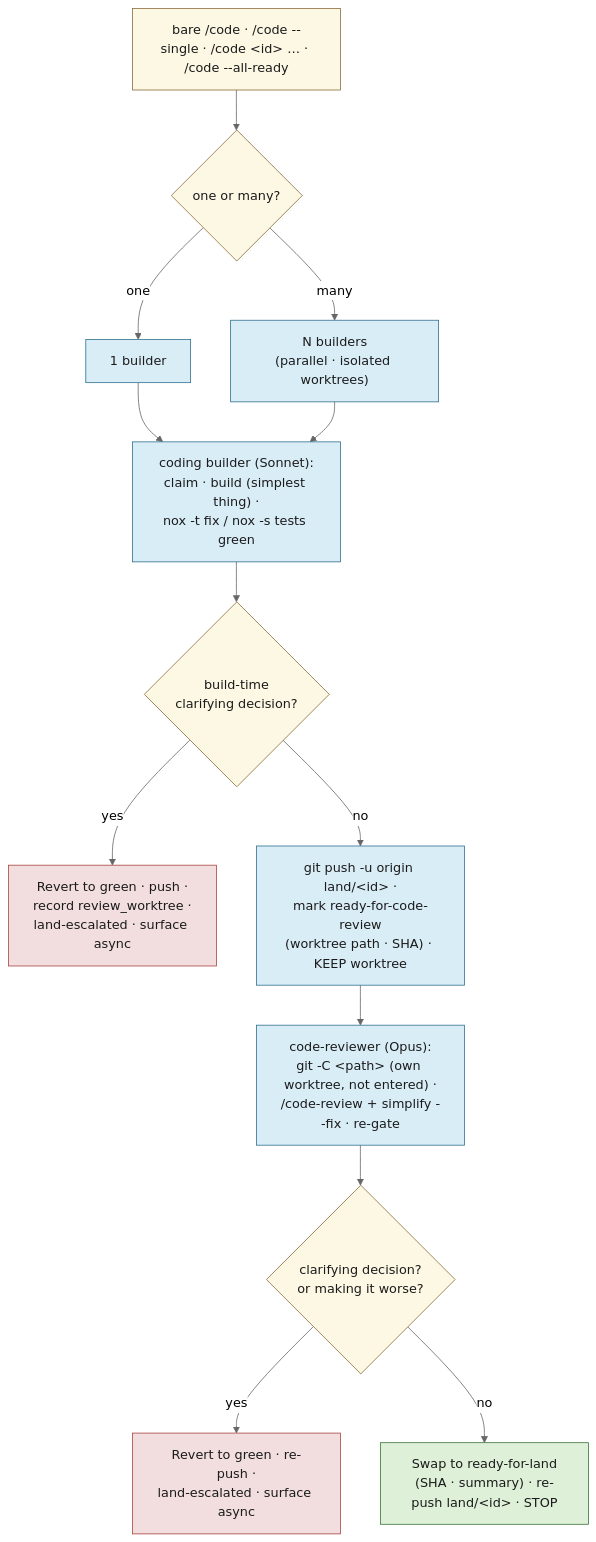
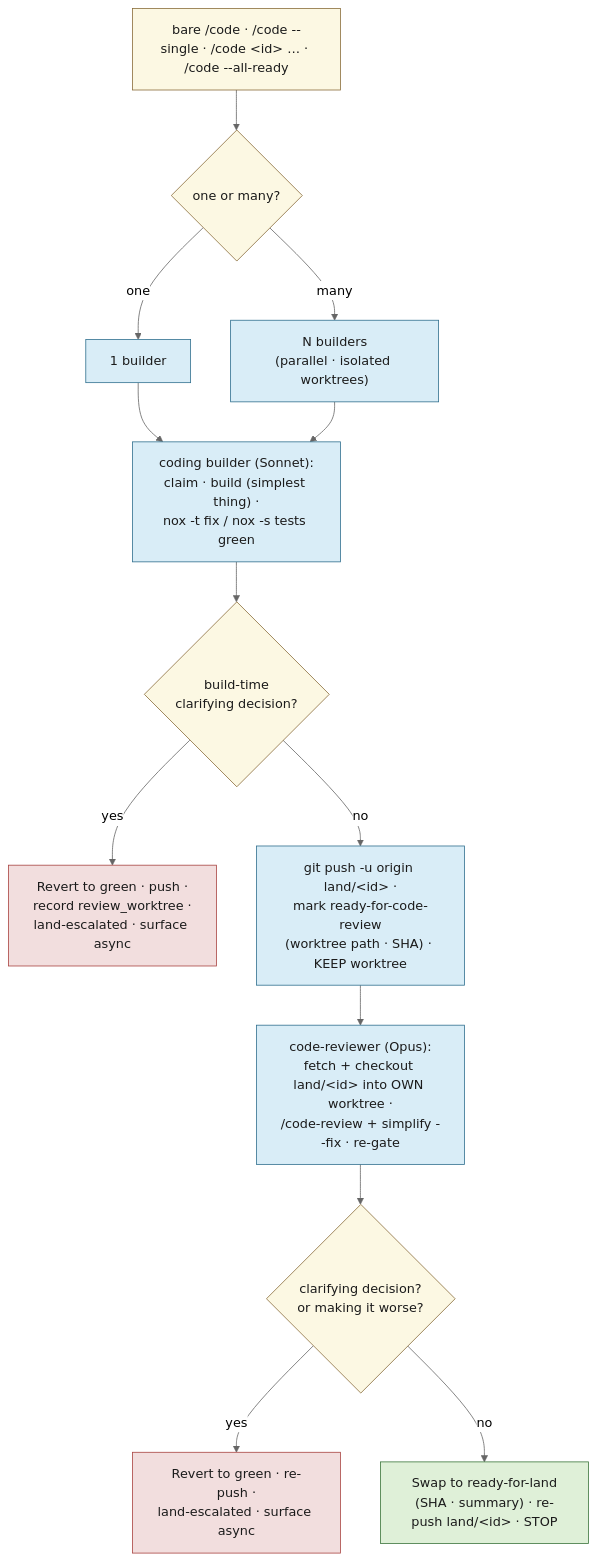
One commit to bildzeitung/lode changed the third of 4 diagrams in docs/agents-workflow.md. Above: the diagram before and after it, drawn with Mermaid (neutral theme). The commit also changed other lines of this file and 4 other files, not shown here.

````diff
--- a/docs/agents-workflow.md
+++ b/docs/agents-workflow.md
@@ -433,26 +435,26 @@
 ```mermaid
 flowchart TD
     INV["bare /code · /code --single · /code &lt;id&gt; … · /code --all-ready"] --> N{"one or many?"}
     N -->|"one"| ONE["1 builder"]
     N -->|"many"| FAN["N builders<br>(parallel · isolated worktrees)"]
     ONE --> BUILD["coding builder (Sonnet):<br>claim · build (simplest thing) ·<br>nox -t fix / nox -s tests green"]
     FAN --> BUILD
     BUILD --> BESC{"build-time<br>clarifying decision?"}
     BESC -->|"yes"| BHOLD["Revert to green · push ·<br>record review_worktree ·<br>land-escalated · surface async"]
     BESC -->|"no"| PUSH["git push -u origin land/&lt;id&gt; ·<br>mark ready-for-code-review<br>(worktree path · SHA) · KEEP worktree"]
-    PUSH --> REV["code-reviewer (Opus):<br>git -C &lt;path&gt; (own worktree, not entered) ·<br>/code-review + simplify --fix · re-gate"]
+    PUSH --> REV["code-reviewer (Opus):<br>fetch + checkout land/&lt;id&gt; into OWN worktree ·<br>/code-review + simplify --fix · re-gate"]
     REV --> RESC{"clarifying decision?<br>or making it worse?"}
     RESC -->|"yes"| RHOLD["Revert to green · re-push ·<br>land-escalated · surface async"]
     RESC -->|"no"| MARK["Swap to ready-for-land<br>(SHA · summary) · re-push land/&lt;id&gt; · STOP"]
 
     classDef start fill:#fcf8e3,stroke:#8a6d3b,color:#1b1b1b;
     classDef work fill:#d9edf7,stroke:#31708f,color:#1b1b1b;
     classDef gate fill:#fcf8e3,stroke:#8a6d3b,color:#1b1b1b;
     classDef bad fill:#f2dede,stroke:#a94442,color:#1b1b1b;
     classDef good fill:#dff0d8,stroke:#3c763d,color:#1b1b1b;
     class INV,N start;
     class ONE,FAN,BUILD,PUSH,REV work;
     class BESC,RESC gate;
     class BHOLD,RHOLD bad;
     class MARK good;
 ```
````
